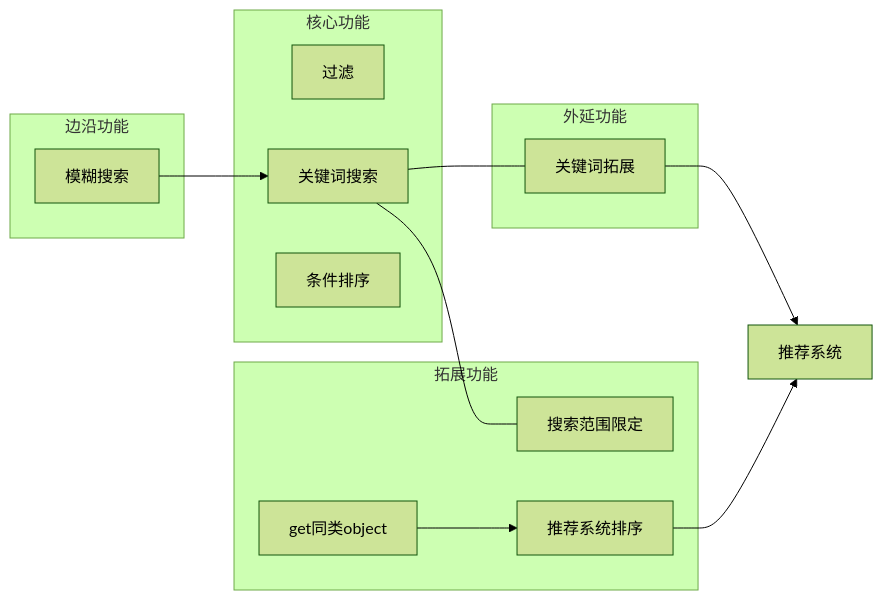
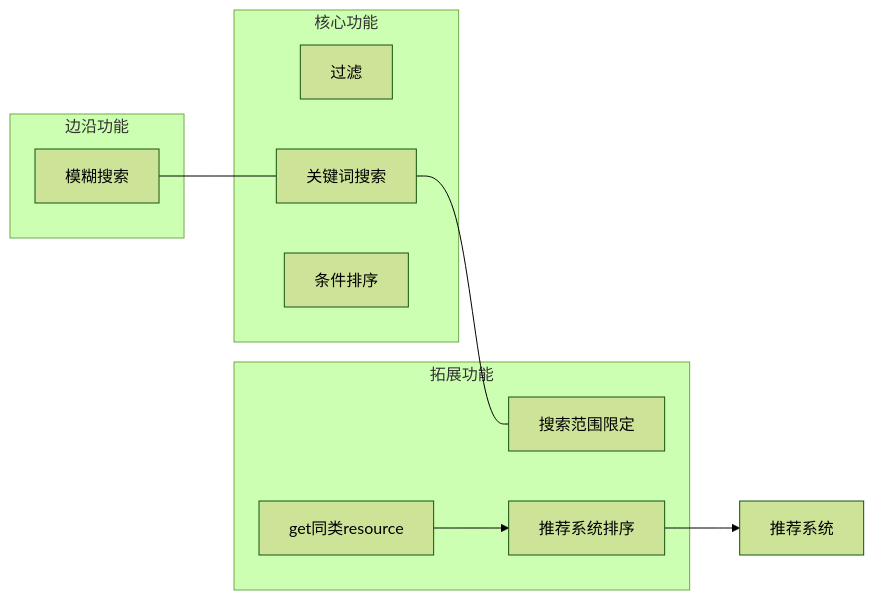
The first of 2 diagrams in server/docs/architecture/data_management/search/design.md (TouhouCloudMusic/thcdb), drawn with Mermaid (forest theme) before and after one commit. The commit also changed other lines of this file and 27 other files, not shown here.

````diff
--- a/server/docs/architecture/data_management/search/design.md
+++ b/server/docs/architecture/data_management/search/design.md
@@ -14,25 +20,21 @@
 ```mermaid
 graph LR
     subgraph 核心功能
         filter[过滤]
         search_keyword[关键词搜索]
         condition_sort[条件排序]
     end
     subgraph 拓展功能
         search_keyword_restrict[搜索范围限定]
         recommendation_sort[推荐系统排序]
-        get_sametype_object_data[get同类object]
+        get_same_kind_resource_data[get同类resource]
     end
     subgraph 边沿功能
         fuzzy_search[模糊搜索]
     end
-    subgraph 外延功能
-        keyword_expansion[关键词拓展]
-    end
     recommendation[推荐系统]
-    get_sametype_object_data --> recommendation_sort;
+    get_same_kind_resource_data --> recommendation_sort;
     recommendation_sort --> recommendation;
-    fuzzy_search --> search_keyword;
-    search_keyword --- keyword_expansion --> recommendation;
+    fuzzy_search --- search_keyword;
     search_keyword --- search_keyword_restrict;
 ```
````
